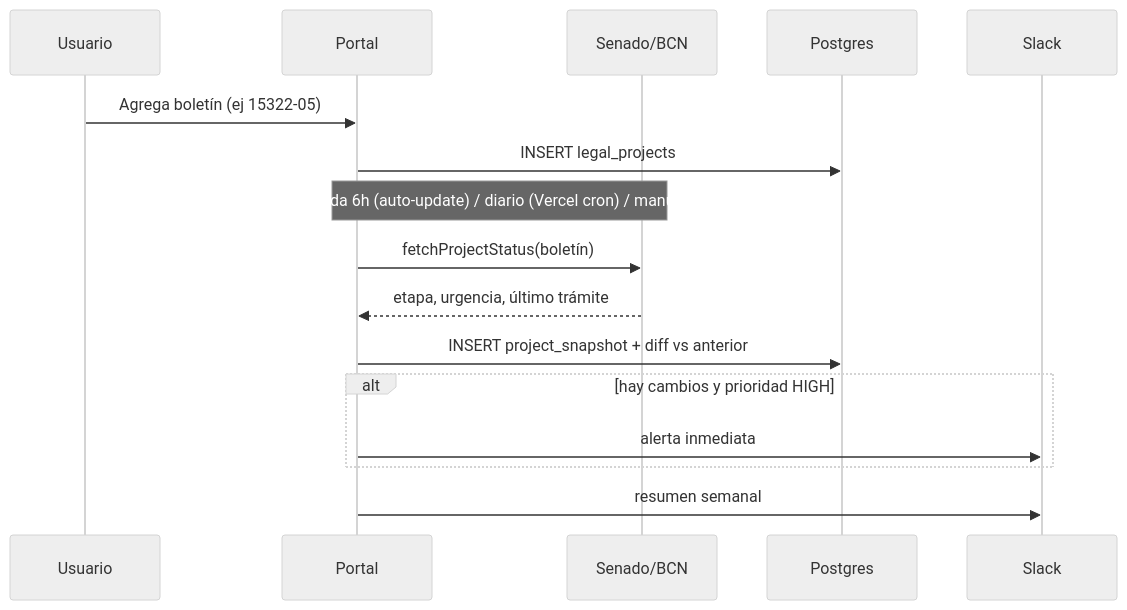
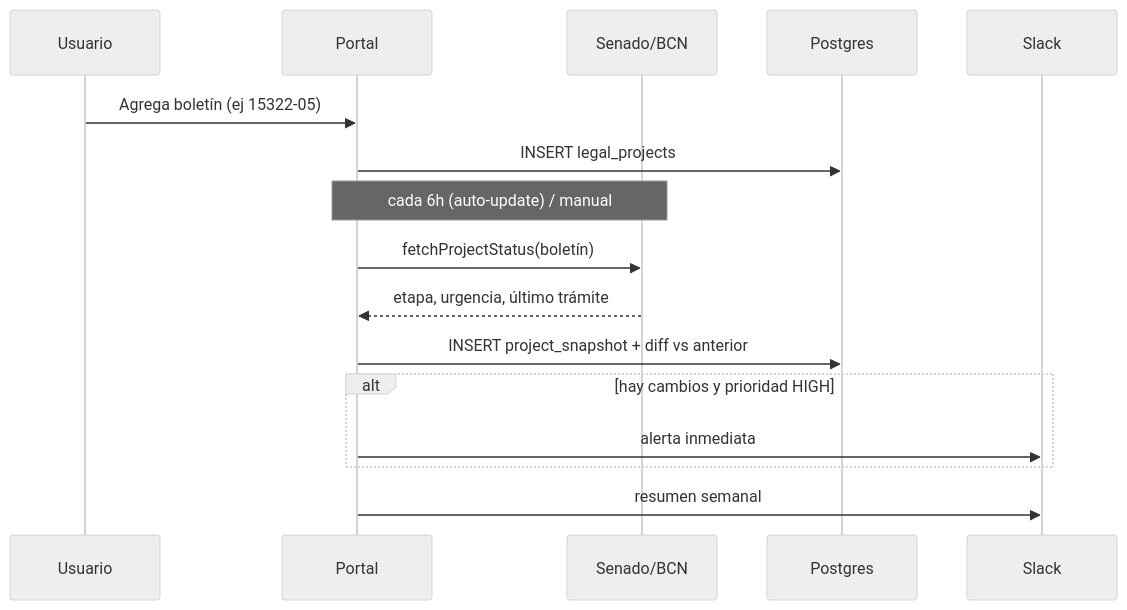
One commit to raimundo-hp67/Radar-legislativo changed the second of 2 diagrams in ARCHITECTURE.md. Above: the diagram before and after it, drawn with Mermaid (neutral theme). The commit also changed other lines of this file and 28 other files, not shown here.

````diff
--- a/ARCHITECTURE.md
+++ b/ARCHITECTURE.md
@@ -67,19 +67,19 @@
 ```mermaid
 sequenceDiagram
     participant U as Usuario
     participant P as Portal
     participant S as Senado/BCN
     participant DB as Postgres
     participant SL as Slack
 
     U->>P: Agrega boletín (ej 15322-05)
     P->>DB: INSERT legal_projects
-    Note over P,S: cada 6h (auto-update) / diario (Vercel cron) / manual
+    Note over P,S: cada 6h (auto-update) / manual
     P->>S: fetchProjectStatus(boletín)
     S-->>P: etapa, urgencia, último trámite
     P->>DB: INSERT project_snapshot + diff vs anterior
     alt hay cambios y prioridad HIGH
         P->>SL: alerta inmediata
     end
     P->>SL: resumen semanal
 ```
````
